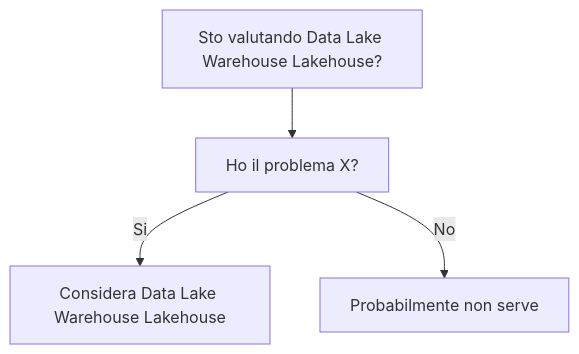
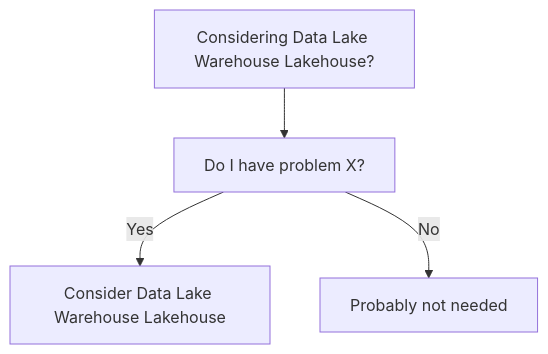
The diagram in dev-wiki/24_Data_Engineering/Data_Lake_Warehouse_Lakehouse/When_To_Use.md (HxT9/Software-Dev-Wiki), drawn with Mermaid before and after one commit. The commit also changed other lines of this file and 3444 other files, not shown here.

````diff
--- a/dev-wiki/24_Data_Engineering/Data_Lake_Warehouse_Lakehouse/When_To_Use.md
+++ b/dev-wiki/24_Data_Engineering/Data_Lake_Warehouse_Lakehouse/When_To_Use.md
@@ -19,6 +19,6 @@
 ```mermaid
 flowchart TD
-  Q[Sto valutando Data Lake Warehouse Lakehouse?] --> Q1[Ho il problema X?]
-  Q1 -->|Si| OK[Considera Data Lake Warehouse Lakehouse]
-  Q1 -->|No| NO[Probabilmente non serve]
+  Q[Considering Data Lake Warehouse Lakehouse?] --> Q1[Do I have problem X?]
+  Q1 -->|Yes| OK[Consider Data Lake Warehouse Lakehouse]
+  Q1 -->|No| NO[Probably not needed]
 ```
````
